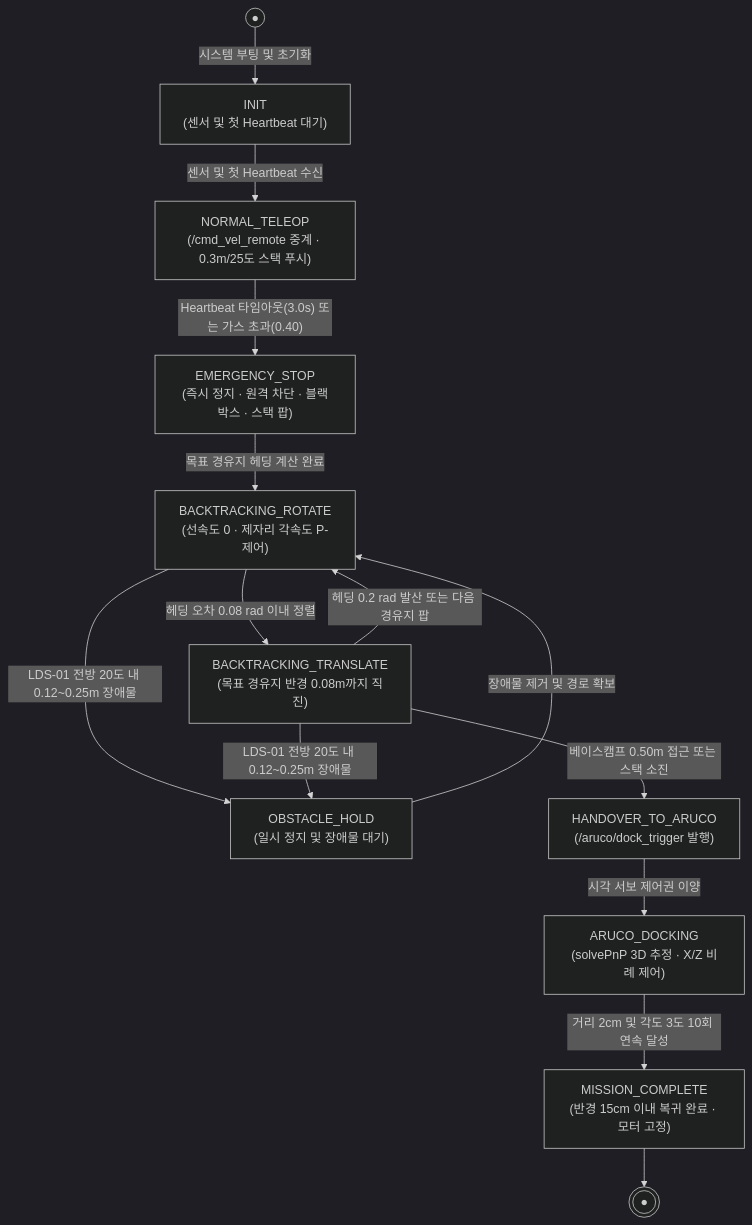
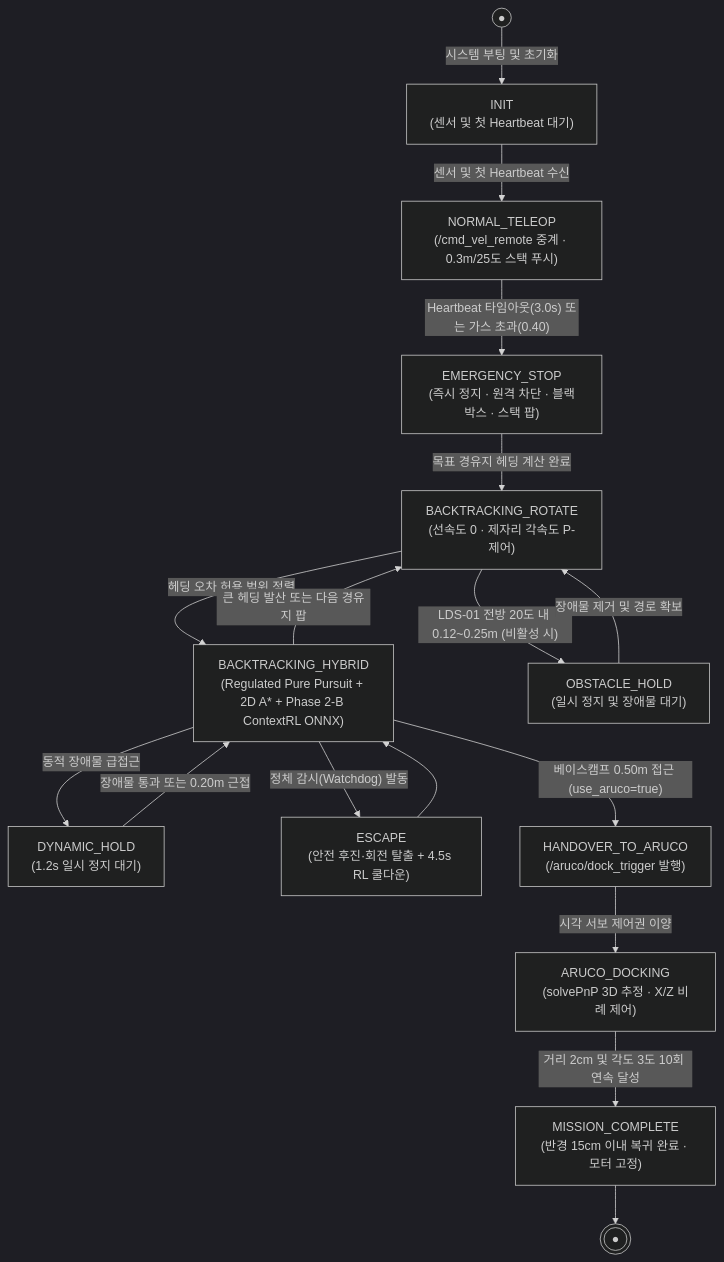
One commit to rjw136-lab/disaster_recovery_ws changed the second of 2 diagrams in docs/DISASTER_RECOVERY_GUIDEBOOK.md. Above: the diagram before and after it, drawn with Mermaid (dark theme). The commit also changed other lines of this file, not shown here.

Commit message:
docs: update DISASTER_RECOVERY_GUIDEBOOK with Phase 2-B architecture and Phase 3 roadmap

````diff
--- a/docs/DISASTER_RECOVERY_GUIDEBOOK.md
+++ b/docs/DISASTER_RECOVERY_GUIDEBOOK.md
@@ -113,16 +123,19 @@
 ```mermaid
 flowchart TD
     START((●)) -->|"시스템 부팅 및 초기화"| INIT["INIT<br/>(센서 및 첫 Heartbeat 대기)"]
     INIT -->|"센서 및 첫 Heartbeat 수신"| NORMAL["NORMAL_TELEOP<br/>(/cmd_vel_remote 중계 · 0.3m/25도 스택 푸시)"]
     NORMAL -->|"Heartbeat 타임아웃(3.0s) 또는 가스 초과(0.40)"| ESTOP["EMERGENCY_STOP<br/>(즉시 정지 · 원격 차단 · 블랙박스 · 스택 팝)"]
     ESTOP -->|"목표 경유지 헤딩 계산 완료"| ROT["BACKTRACKING_ROTATE<br/>(선속도 0 · 제자리 각속도 P-제어)"]
-    ROT -->|"헤딩 오차 0.08 rad 이내 정렬"| TRANS["BACKTRACKING_TRANSLATE<br/>(목표 경유지 반경 0.08m까지 직진)"]
-    TRANS -->|"헤딩 0.2 rad 발산 또는 다음 경유지 팝"| ROT
-    ROT -->|"LDS-01 전방 20도 내 0.12~0.25m 장애물"| HOLD["OBSTACLE_HOLD<br/>(일시 정지 및 장애물 대기)"]
-    TRANS -->|"LDS-01 전방 20도 내 0.12~0.25m 장애물"| HOLD
+    ROT -->|"헤딩 오차 허용 범위 정렬"| HYB["BACKTRACKING_HYBRID<br/>(Regulated Pure Pursuit + 2D A* + Phase 2-B ContextRL ONNX)"]
+    HYB -->|"큰 헤딩 발산 또는 다음 경유지 팝"| ROT
+    HYB -->|"동적 장애물 급접근"| DHOLD["DYNAMIC_HOLD<br/>(1.2s 일시 정지 대기)"]
+    DHOLD -->|"장애물 통과 또는 0.20m 근접"| HYB
+    HYB -->|"정체 감시(Watchdog) 발동"| ESC["ESCAPE<br/>(안전 후진·회전 탈출 + 4.5s RL 쿨다운)"]
+    ESC --> HYB
+    ROT -->|"LDS-01 전방 20도 내 0.12~0.25m (비활성 시)"| HOLD["OBSTACLE_HOLD<br/>(일시 정지 및 장애물 대기)"]
     HOLD -->|"장애물 제거 및 경로 확보"| ROT
-    TRANS -->|"베이스캠프 0.50m 접근 또는 스택 소진"| HAND["HANDOVER_TO_ARUCO<br/>(/aruco/dock_trigger 발행)"]
+    HYB -->|"베이스캠프 0.50m 접근 (use_aruco=true)"| HAND["HANDOVER_TO_ARUCO<br/>(/aruco/dock_trigger 발행)"]
     HAND -->|"시각 서보 제어권 이양"| DOCK["ARUCO_DOCKING<br/>(solvePnP 3D 추정 · X/Z 비례 제어)"]
     DOCK -->|"거리 2cm 및 각도 3도 10회 연속 달성"| DONE["MISSION_COMPLETE<br/>(반경 15cm 이내 복귀 완료 · 모터 고정)"]
     DONE --> END(((●)))
 ```
````
